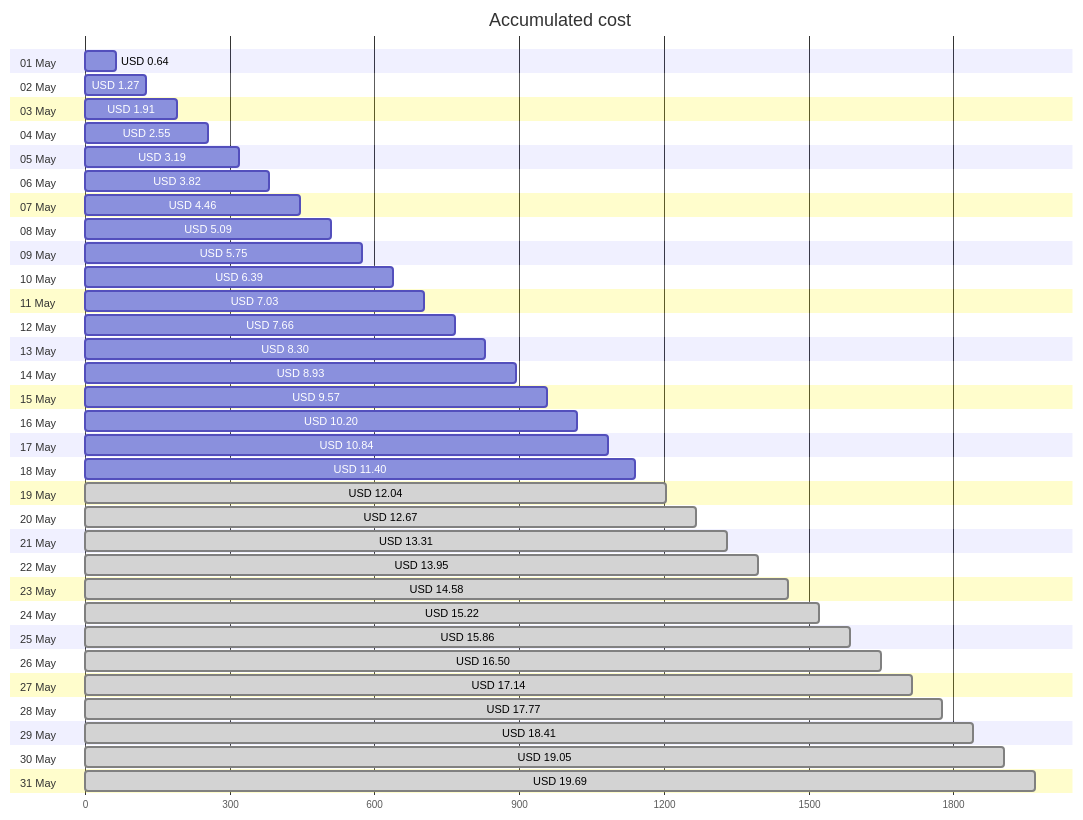
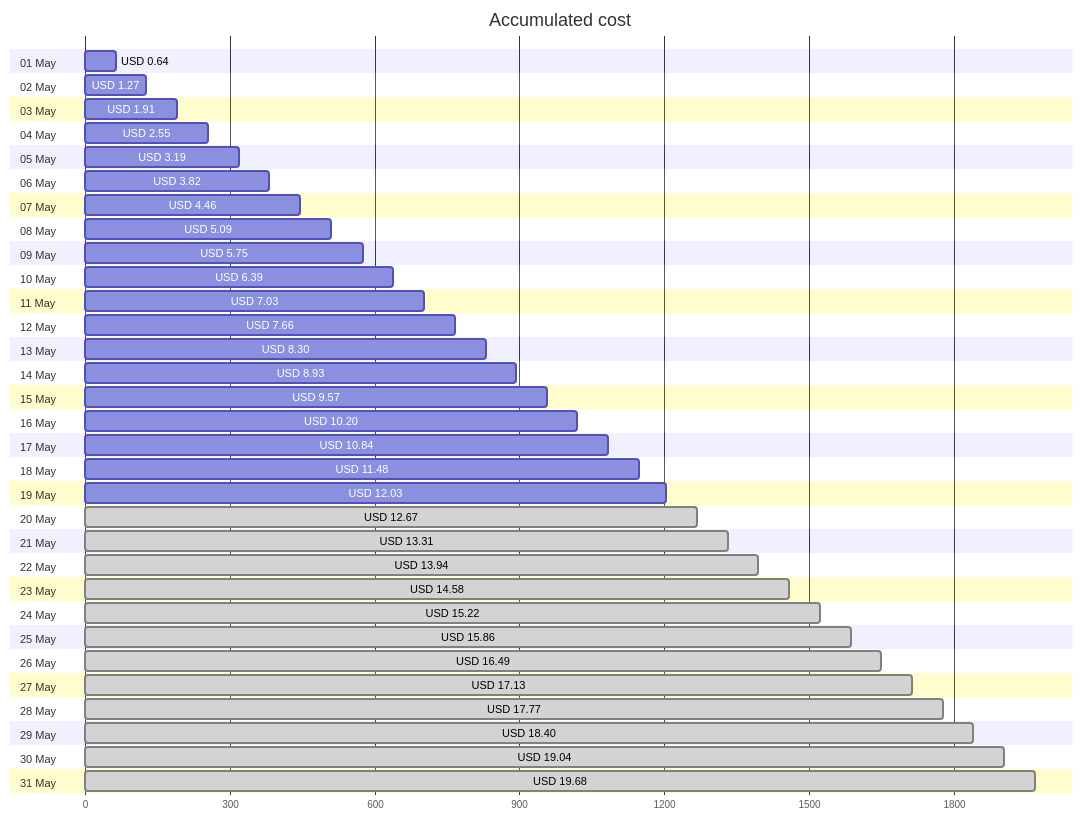
One commit to jpfulton/azure-personal-reports changed the first of 4 diagrams in cost-reports/accumulated-cost.md. Above: the diagram before and after it, drawn with Mermaid. The commit also changed other lines of this file and 4 other files, not shown here.

````diff
--- a/cost-reports/accumulated-cost.md
+++ b/cost-reports/accumulated-cost.md
@@ -20,68 +20,68 @@
 ```mermaid
 gantt
    title Accumulated cost
    dateFormat  X
    axisFormat %s
    section 01 May
    USD 0.64 :0, 64
    section 02 May
    USD 1.27 :0, 127
    section 03 May
    USD 1.91 :0, 191
    section 04 May
    USD 2.55 :0, 255
    section 05 May
    USD 3.19 :0, 319
    section 06 May
    USD 3.82 :0, 382
    section 07 May
    USD 4.46 :0, 446
    section 08 May
    USD 5.09 :0, 509
    section 09 May
    USD 5.75 :0, 575
    section 10 May
    USD 6.39 :0, 639
    section 11 May
    USD 7.03 :0, 703
    section 12 May
    USD 7.66 :0, 766
    section 13 May
    USD 8.30 :0, 830
    section 14 May
    USD 8.93 :0, 893
    section 15 May
    USD 9.57 :0, 957
    section 16 May
    USD 10.20 :0, 1020
    section 17 May
    USD 10.84 :0, 1084
    section 18 May
-   USD 11.40 :0, 1140
+   USD 11.48 :0, 1148
    section 19 May
-   USD 12.04 : done, 0, 1204
+   USD 12.03 :0, 1203
    section 20 May
    USD 12.67 : done, 0, 1267
    section 21 May
    USD 13.31 : done, 0, 1331
    section 22 May
-   USD 13.95 : done, 0, 1395
+   USD 13.94 : done, 0, 1394
    section 23 May
    USD 14.58 : done, 0, 1458
    section 24 May
    USD 15.22 : done, 0, 1522
    section 25 May
    USD 15.86 : done, 0, 1586
    section 26 May
-   USD 16.50 : done, 0, 1650
+   USD 16.49 : done, 0, 1649
    section 27 May
-   USD 17.14 : done, 0, 1714
+   USD 17.13 : done, 0, 1713
    section 28 May
    USD 17.77 : done, 0, 1777
    section 29 May
-   USD 18.41 : done, 0, 1841
+   USD 18.40 : done, 0, 1840
    section 30 May
-   USD 19.05 : done, 0, 1905
+   USD 19.04 : done, 0, 1904
    section 31 May
-   USD 19.69 : done, 0, 1969
+   USD 19.68 : done, 0, 1968
 ```
````
